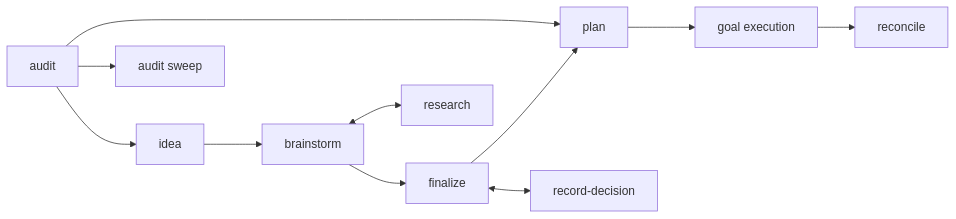
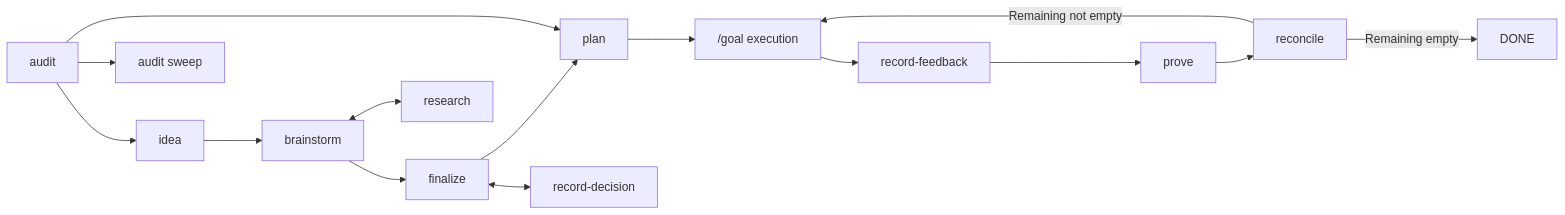
Before and after one commit to tailrocks/tailrocks-skills: the second of 2 diagrams in docs/content/docs/choosing.mdx, drawn with Mermaid. The commit also changed other lines of this file and 152 other files, not shown here.

````diff
--- a/docs/content/docs/choosing.mdx
+++ b/docs/content/docs/choosing.mdx
@@ -276,8 +276,11 @@
 ```mermaid
 flowchart LR
-  audit --> idea --> brainstorm --> finalize --> plan --> exec["goal execution"] --> reconcile
+  audit --> idea --> brainstorm --> finalize --> plan --> exec["/goal execution"]
+  exec --> feedback["record-feedback"] --> prove --> reconcile
+  reconcile -->|Remaining not empty| exec
+  reconcile -->|Remaining empty| done["DONE"]
   audit --> plan
   audit --> sweep["audit sweep"]
   brainstorm <--> research
   finalize <--> decision["record-decision"]
 ```
````
